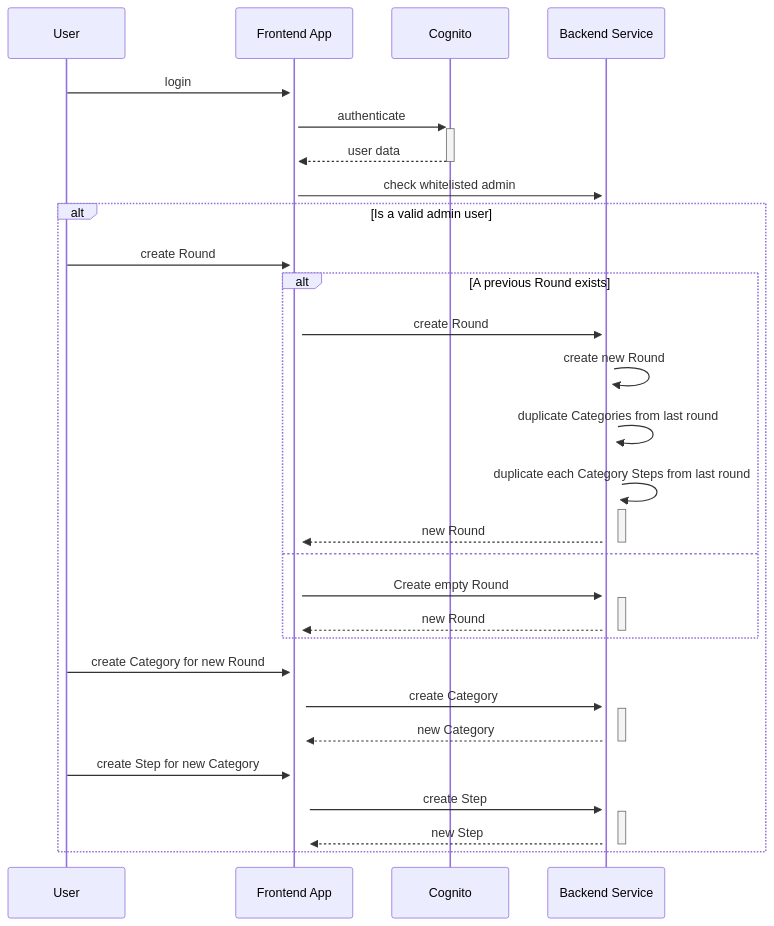
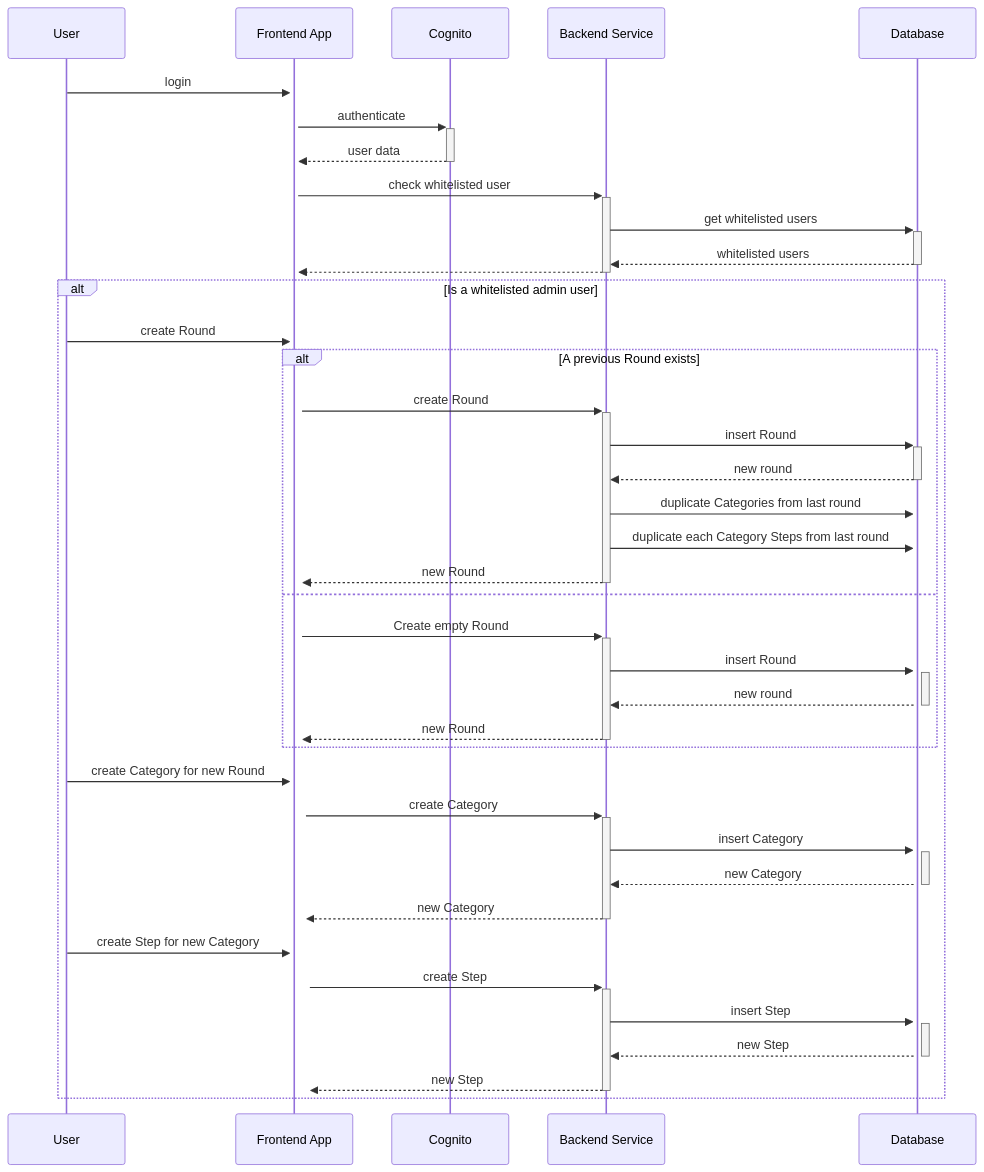
Before and after one commit to wakeuplabs-io/optimism-making-impact: the diagram in README.md, drawn with Mermaid.

Commit message:
Improve sequence diagram

````diff
--- a/README.md
+++ b/README.md
@@ -40,26 +40,36 @@
 ```mermaid
 sequenceDiagram
-    User->>+Frontend App : login;
-    Frontend App->>+Cognito : authenticate;
-    Cognito-->>-Frontend App : user data;
-    Frontend App->>+Backend Service : check whitelisted admin;
-    alt Is a valid admin user;
-    User->>+Frontend App : create Round;
-    alt A previous Round exists;
-    Frontend App->>+Backend Service : create Round;
-    Backend Service->>+Backend Service : create new Round;
-    Backend Service->>+Backend Service : duplicate Categories from last round;
-    Backend Service->>+Backend Service : duplicate each Category Steps from last round;
-    Backend Service-->>-Frontend App: new Round;
+    User->>+Frontend App : login
+    Frontend App->>+Cognito : authenticate
+    Cognito-->>-Frontend App : user data
+    Frontend App->>+Backend Service : check whitelisted user
+    Backend Service->>+Database : get whitelisted users
+    Database-->>-Backend Service : whitelisted users
+    Backend Service-->>-Frontend App :
+    alt Is a whitelisted admin user
+    User->>+Frontend App : create Round
+    alt A previous Round exists
+    Frontend App->>+Backend Service : create Round
+    Backend Service->>+Database : insert Round
+    Database-->>-Backend Service : new round
+    Backend Service->>+Database : duplicate Categories from last round
+    Backend Service->>+Database : duplicate each Category Steps from last round
+    Backend Service-->>-Frontend App: new Round
     else
-    Frontend App->>+Backend Service : Create empty Round;
-    Backend Service-->>-Frontend App: new Round;
+    Frontend App->>+Backend Service : Create empty Round
+    Backend Service->>+Database : insert Round
+    Database-->>-Backend Service : new round
+    Backend Service-->>-Frontend App: new Round
     end
-    User->>+Frontend App : create Category for new Round;
-    Frontend App->>+Backend Service : create Category;
-    Backend Service-->>-Frontend App: new Category;
-    User->>+Frontend App : create Step for new Category;
-    Frontend App->>+Backend Service : create Step;
-    Backend Service-->>-Frontend App: new Step;
+    User->>+Frontend App : create Category for new Round
+    Frontend App->>+Backend Service : create Category
+    Backend Service->>+Database : insert Category
+    Database-->>-Backend Service : new Category
+    Backend Service-->>-Frontend App: new Category
+    User->>+Frontend App : create Step for new Category
+    Frontend App->>+Backend Service : create Step
+    Backend Service->>+Database : insert Step
+    Database-->>-Backend Service : new Step
+    Backend Service-->>-Frontend App: new Step
     end
 ```
````
